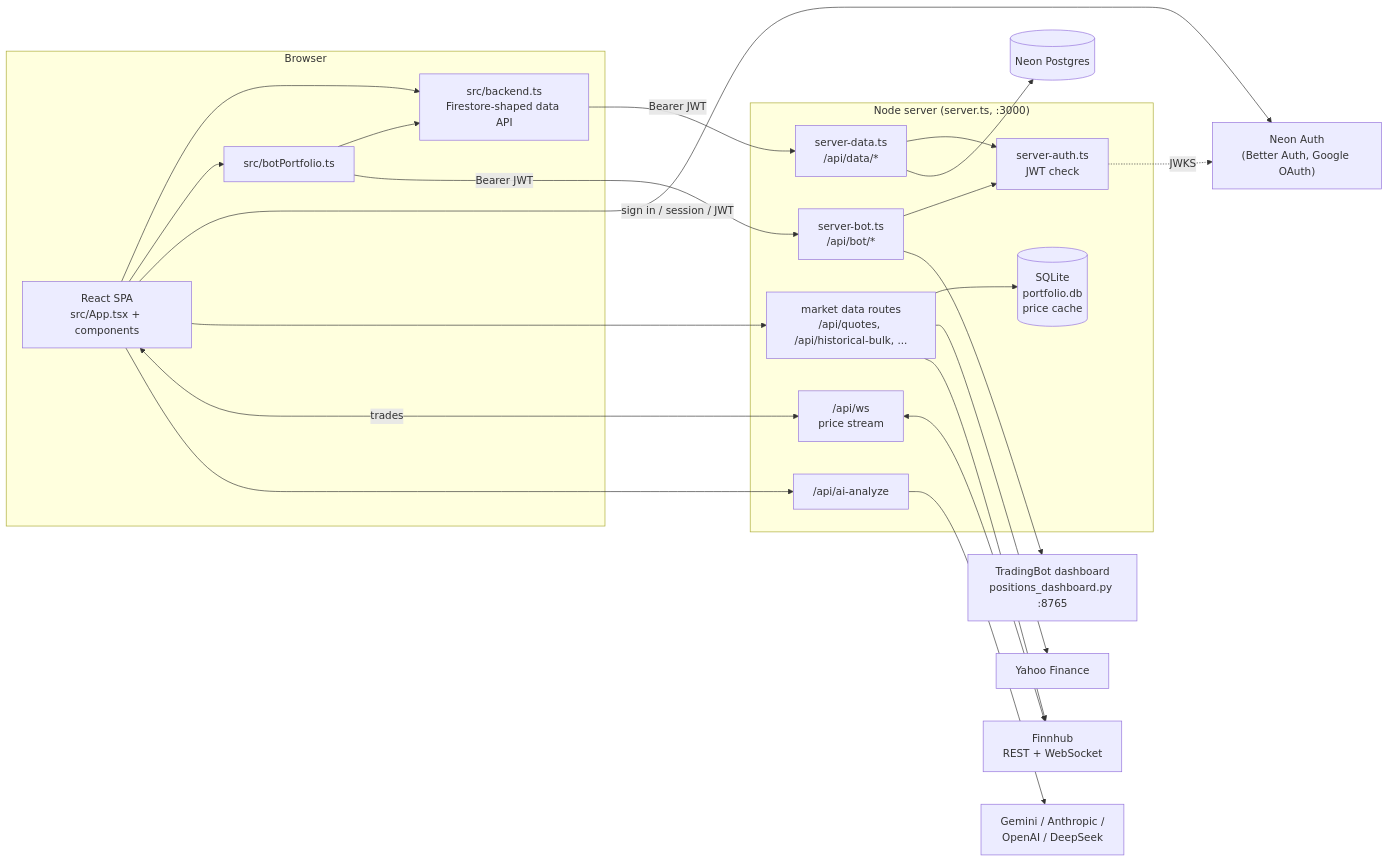
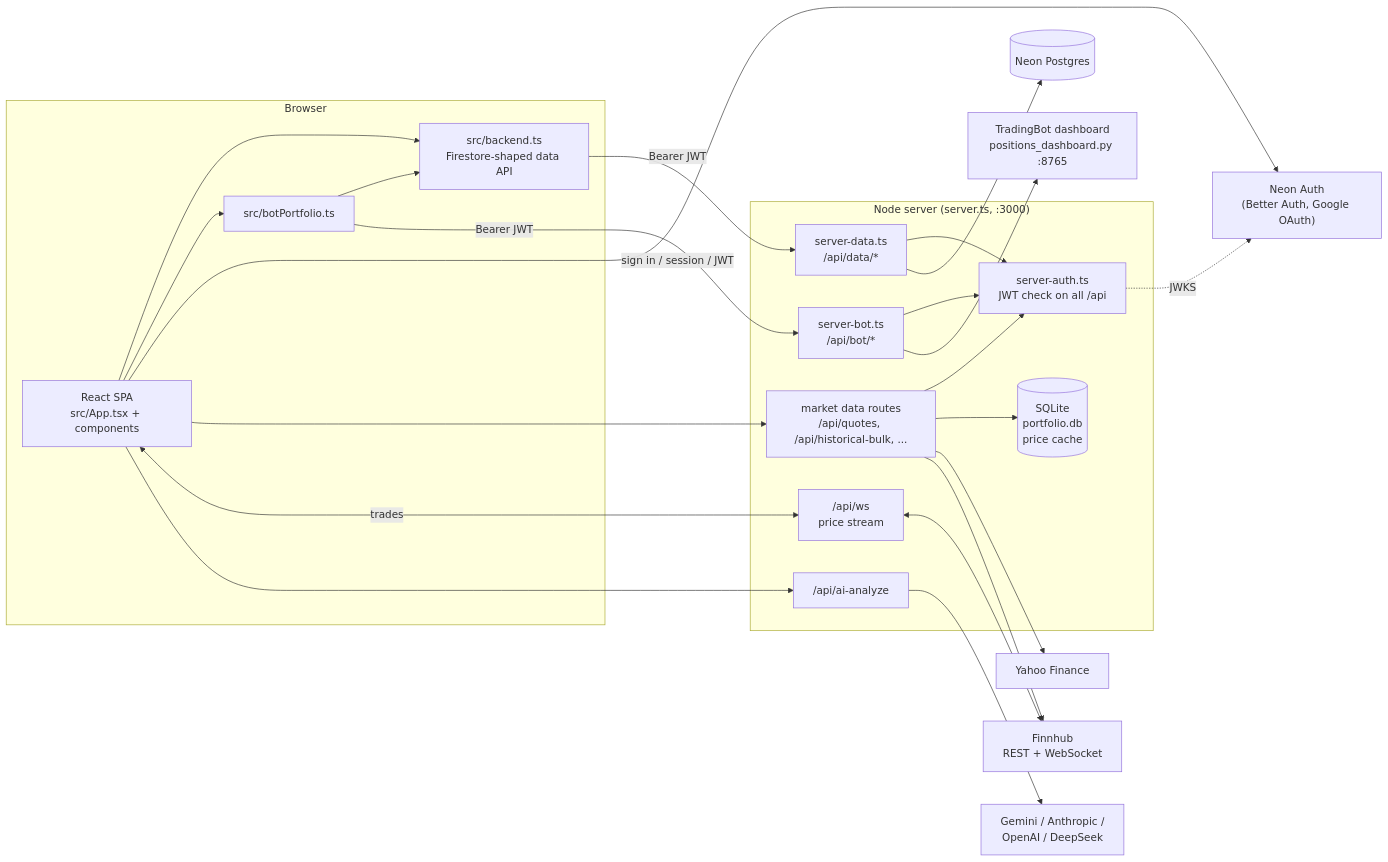
One commit to PullSharks-commits/StockPortfolioTracker changed the diagram in ARCHITECTURE.md. Above: the diagram before and after it, drawn with Mermaid. The commit also changed other lines of this file and 19 other files, not shown here.

````diff
--- a/ARCHITECTURE.md
+++ b/ARCHITECTURE.md
@@ -15,45 +15,46 @@
 ```mermaid
 flowchart LR
   subgraph Browser
     UI["React SPA<br/>src/App.tsx + components"]
     BE["src/backend.ts<br/>Firestore-shaped data API"]
     BOTC["src/botPortfolio.ts"]
     UI --> BE
     UI --> BOTC
     BOTC --> BE
   end
 
   subgraph Server["Node server (server.ts, :3000)"]
-    AUTH["server-auth.ts<br/>JWT check"]
+    AUTH["server-auth.ts<br/>JWT check on all /api"]
     DATA["server-data.ts<br/>/api/data/*"]
     BOT["server-bot.ts<br/>/api/bot/*"]
     MKT["market data routes<br/>/api/quotes, /api/historical-bulk, ..."]
     WS["/api/ws<br/>price stream"]
     AI["/api/ai-analyze"]
     CACHE[("SQLite<br/>portfolio.db<br/>price cache")]
     DATA --> AUTH
     BOT --> AUTH
+    MKT --> AUTH
     MKT --> CACHE
   end
 
   NA["Neon Auth<br/>(Better Auth, Google OAuth)"]
   PG[("Neon Postgres")]
   YF["Yahoo Finance"]
   FH["Finnhub<br/>REST + WebSocket"]
   LLM["Gemini / Anthropic /<br/>OpenAI / DeepSeek"]
   TB["TradingBot dashboard<br/>positions_dashboard.py :8765"]
 
   UI -- "sign in / session / JWT" --> NA
   BE -- "Bearer JWT" --> DATA
   BOTC -- "Bearer JWT" --> BOT
   UI --> MKT
   UI <-- "trades" --> WS
   UI --> AI
   AUTH -. "JWKS" .-> NA
   DATA --> PG
   BOT --> TB
   MKT --> YF
   MKT --> FH
   WS <--> FH
   AI --> LLM
 ```
````
